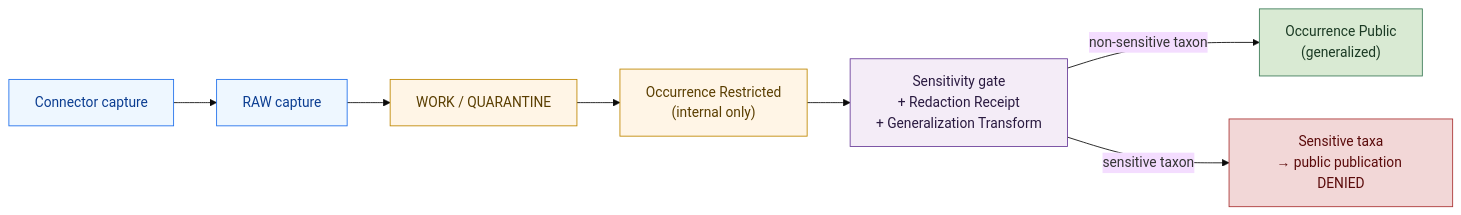
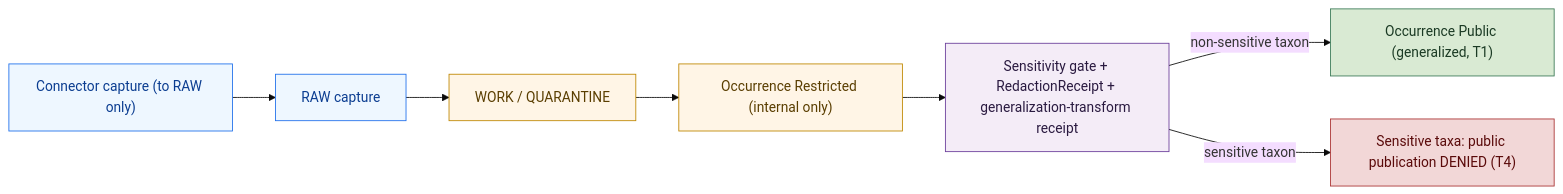
Before and after one commit to bartytime4life/Kansas-Frontier-Matrix: the second of 2 diagrams in docs/domains/fauna/EXPANSION_PLAN.md, drawn with Mermaid (base theme). The commit also changed other lines of this file, not shown here.

````diff
--- a/docs/domains/fauna/EXPANSION_PLAN.md
+++ b/docs/domains/fauna/EXPANSION_PLAN.md
@@ -341,20 +352,20 @@
 ```mermaid
 flowchart LR
     classDef raw  fill:#eef7ff,stroke:#1f6feb,color:#0b3d91;
     classDef der  fill:#fff5e6,stroke:#bf8700,color:#5a3e00;
     classDef pol  fill:#f4ecf7,stroke:#6a3d9a,color:#2a1a40;
     classDef pub  fill:#D9EAD3,stroke:#3B7A57,color:#1B3A24;
     classDef deny fill:#F2D7D7,stroke:#A33,color:#5A0A0A;
 
-    src["Connector capture"]:::raw
+    src["Connector capture (to RAW only)"]:::raw
     raw["RAW capture"]:::raw
     work["WORK / QUARANTINE"]:::der
-    occ_r["Occurrence Restricted<br/>(internal only)"]:::der
-    gate["Sensitivity gate<br/>+ Redaction Receipt<br/>+ Generalization Transform"]:::pol
-    occ_p["Occurrence Public<br/>(generalized)"]:::pub
-    sens["Sensitive taxa<br/>→ public publication DENIED"]:::deny
+    occ_r["Occurrence Restricted (internal only)"]:::der
+    gate["Sensitivity gate + RedactionReceipt + generalization-transform receipt"]:::pol
+    occ_p["Occurrence Public (generalized, T1)"]:::pub
+    sens["Sensitive taxa: public publication DENIED (T4)"]:::deny
 
     src --> raw --> work --> occ_r --> gate
-    gate -->|non-sensitive taxon| occ_p
-    gate -->|sensitive taxon| sens
+    gate -->|"non-sensitive taxon"| occ_p
+    gate -->|"sensitive taxon"| sens
 ```
````
